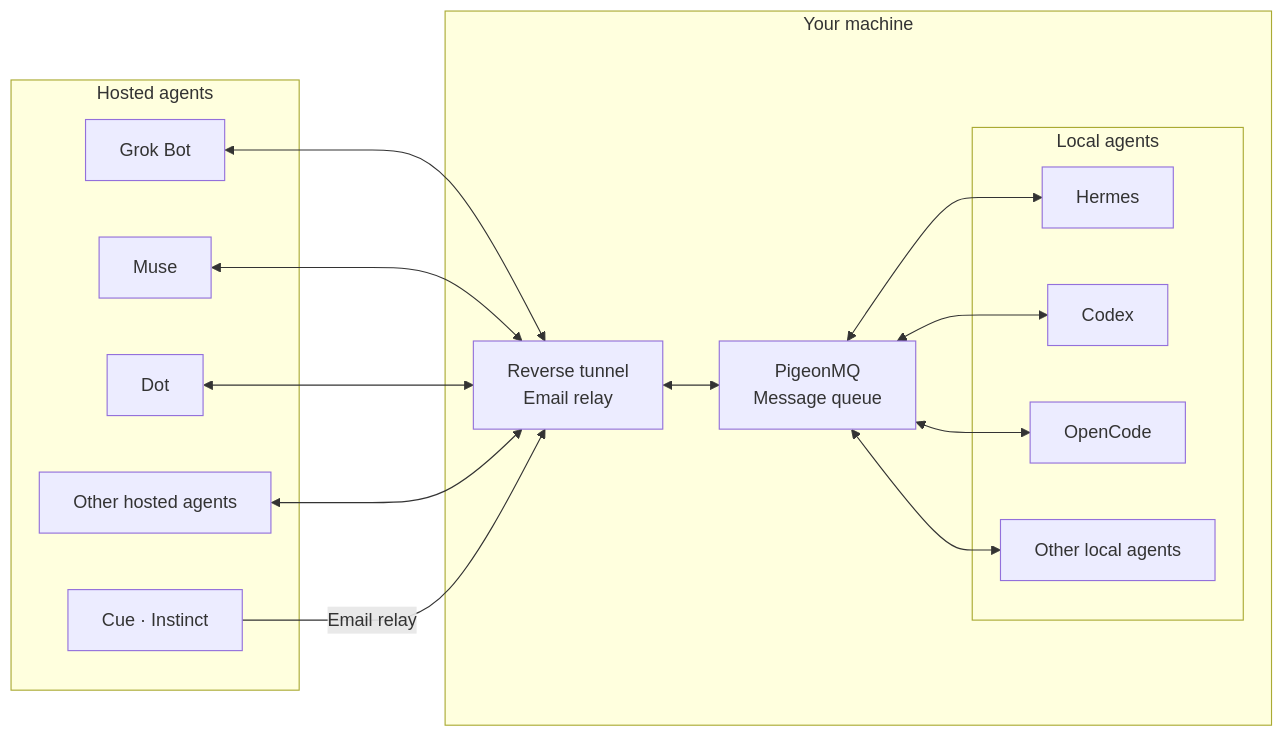
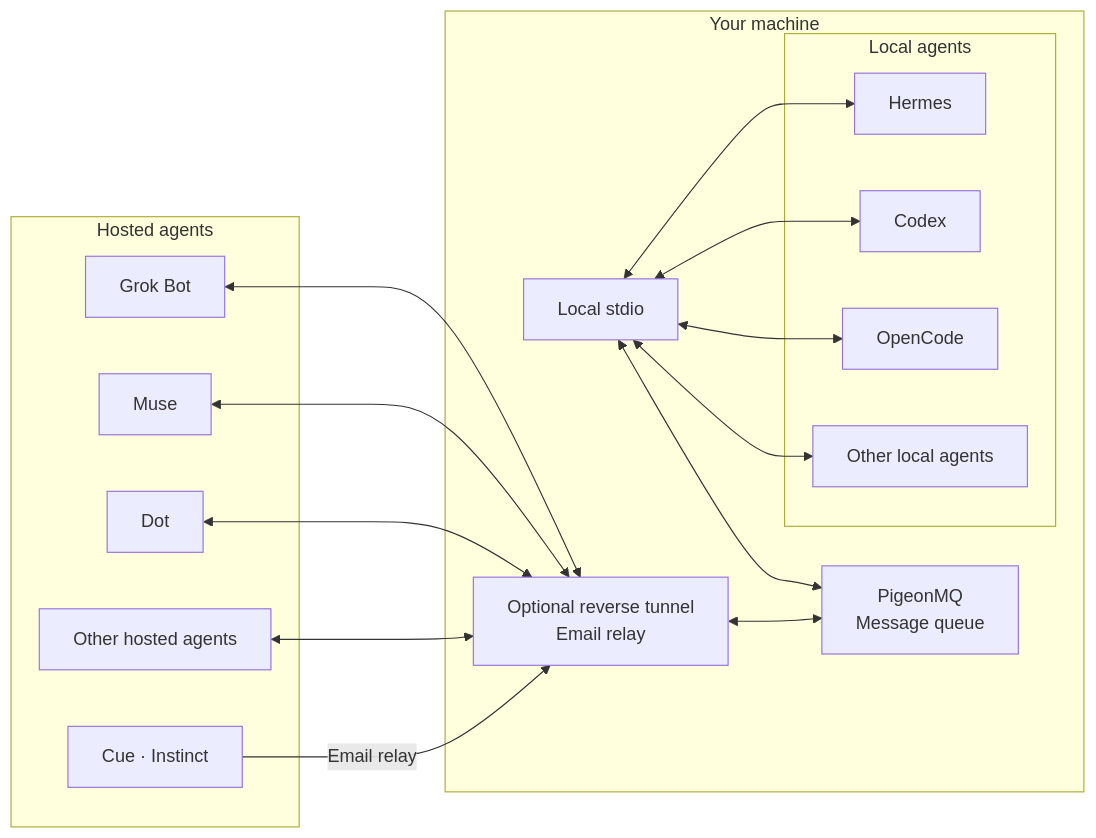
The diagram in README.md (lazy9sascha/999k), drawn with Mermaid before and after one commit. The commit also changed other lines of this file and 1 other file, not shown here.

Commit message:
Lead public setup guides with local MCP over stdio

````diff
--- a/README.md
+++ b/README.md
@@ -21,27 +27,29 @@
 ```mermaid
 flowchart LR
     subgraph HOSTED["Hosted agents"]
         G["Grok Bot"]
         M["Muse"]
         D["Dot"]
         HX["Other hosted agents"]
         CE["Cue · Instinct"]
     end
 
     subgraph MAC["Your machine"]
-        T["Reverse tunnel<br/>Email relay"]
+        S["Local stdio"]
+        T["Optional reverse tunnel<br/>Email relay"]
         Q["PigeonMQ<br/>Message queue"]
 
         subgraph LOCAL["Local agents"]
             H["Hermes"]
             C["Codex"]
             O["OpenCode"]
             LX["Other local agents"]
         end
     end
 
+    S <--> Q
     G & M & D & HX <--> T
     T <--> Q
-    Q <--> C & O & H & LX
+    S <--> C & O & H & LX
     CE -->|Email relay| T
 ```
````
